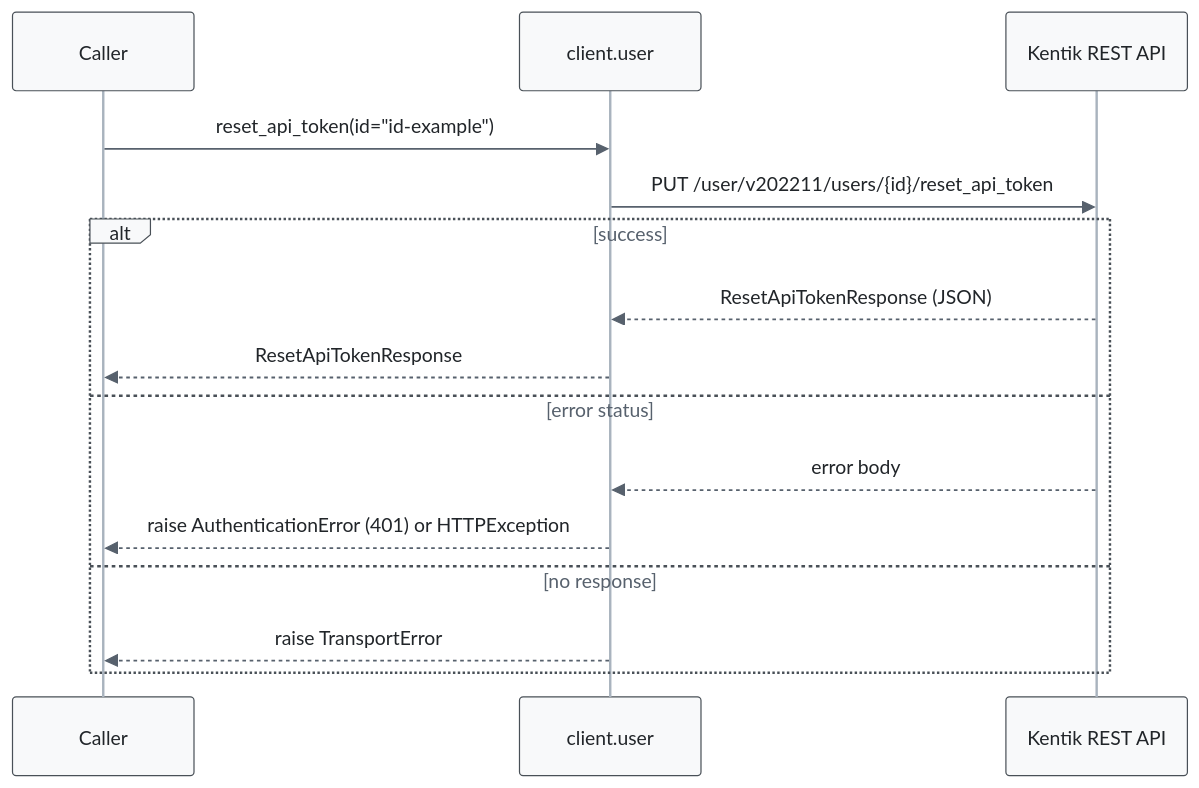
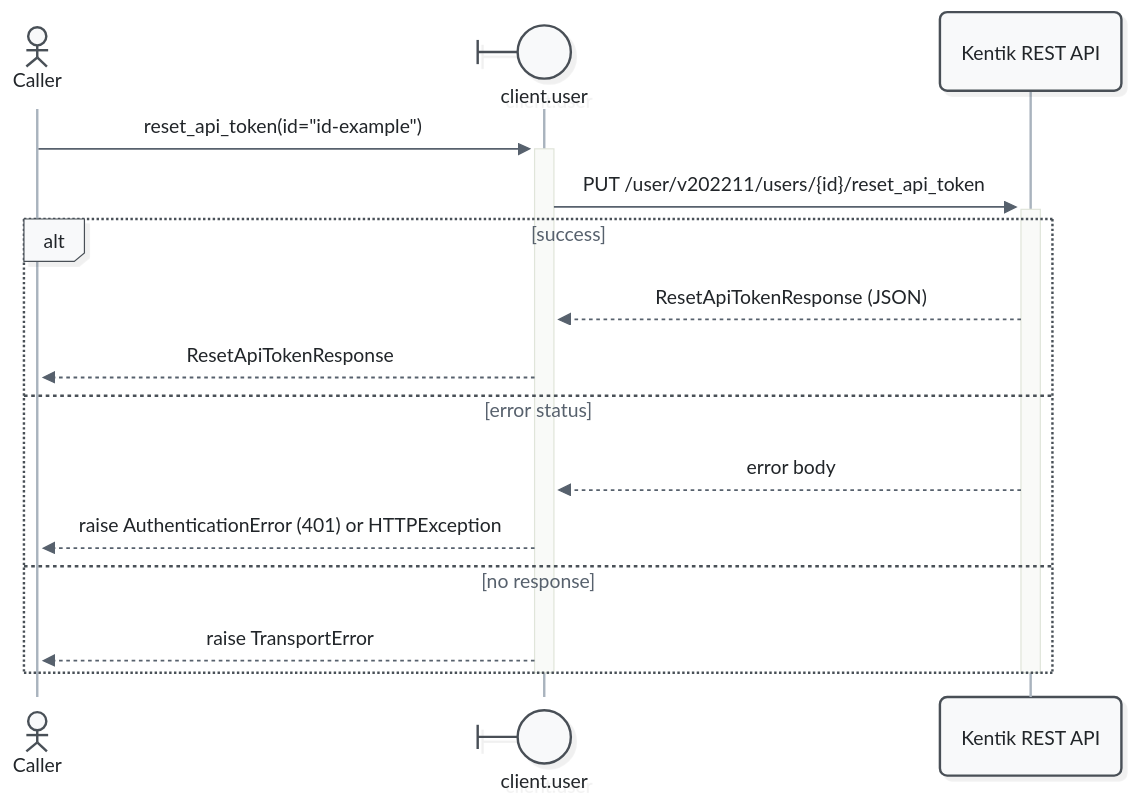
Before and after one commit to alexdearaujo/community_sdk_python: diagram 13 of 15 in docs/sphinx/services/user.md, drawn with Mermaid. The commit also changed other lines of this file and 52 other files, not shown here.

First line of the commit message:
docs: Mermaid 12 sequence diagrams with participant types and path colors

````diff
--- a/docs/sphinx/services/user.md
+++ b/docs/sphinx/services/user.md
@@ -497,19 +527,21 @@
 ```mermaid
-%%{init: {"theme": "base", "fontFamily": "ui-monospace, SFMono-Regular, Menlo, monospace", "themeVariables": {"fontFamily": "ui-monospace, SFMono-Regular, Menlo, monospace", "primaryColor": "#f8f9fa", "primaryBorderColor": "#495057", "primaryTextColor": "#212529", "textColor": "#212529", "lineColor": "#77818c", "edgeLabelBackground": "#ffffff", "actorBkg": "#f8f9fa", "actorBorder": "#495057", "actorTextColor": "#212529", "actorLineColor": "#a9b3be", "signalColor": "#57616d", "signalTextColor": "#212529", "labelBoxBkgColor": "#f8f9fa", "labelBoxBorderColor": "#495057", "labelTextColor": "#212529", "loopTextColor": "#57616d", "noteBkgColor": "#fff9db", "noteBorderColor": "#f08c00", "noteTextColor": "#a35a00"}, "flowchart": {"curve": "step", "nodeSpacing": 30, "rankSpacing": 70, "wrappingWidth": 400}}}%%
+%%{init: {"theme": "redux", "look": "neo", "layout": "dagre", "fontFamily": "ui-monospace, SFMono-Regular, Menlo, monospace", "themeVariables": {"fontFamily": "ui-monospace, SFMono-Regular, Menlo, monospace", "primaryColor": "#f8f9fa", "primaryBorderColor": "#495057", "primaryTextColor": "#212529", "textColor": "#212529", "lineColor": "#77818c", "edgeLabelBackground": "#ffffff", "actorBkg": "#f8f9fa", "actorBorder": "#495057", "actorTextColor": "#212529", "actorLineColor": "#a9b3be", "signalColor": "#57616d", "signalTextColor": "#212529", "labelBoxBkgColor": "#f8f9fa", "labelBoxBorderColor": "#495057", "labelTextColor": "#212529", "loopTextColor": "#57616d", "noteBkgColor": "#fff9db", "noteBorderColor": "#f08c00", "noteTextColor": "#a35a00"}, "sequence": {"activationWidth": 16}, "flowchart": {"curve": "step", "nodeSpacing": 30, "rankSpacing": 70, "wrappingWidth": 400}}}%%
 sequenceDiagram
-    participant C as Caller
-    participant W as client.user
+    actor C as Caller
+    participant W@{ "type": "boundary" } as client.user
     participant API as Kentik REST API
 
-    C->>W: reset_api_token(id="id-example")
-    W->>API: PUT /user/v202211/users/{id}/reset_api_token
+    C->>+W: reset_api_token(id="id-example")
+    W->>+API: PUT /user/v202211/users/{id}/reset_api_token
     alt success
         API-->>W: ResetApiTokenResponse (JSON)
         W-->>C: ResetApiTokenResponse
     else error status
         API-->>W: error body
         W-->>C: raise AuthenticationError (401) or HTTPException
     else no response
         W-->>C: raise TransportError
     end
+    deactivate API
+    deactivate W
 ```
````
